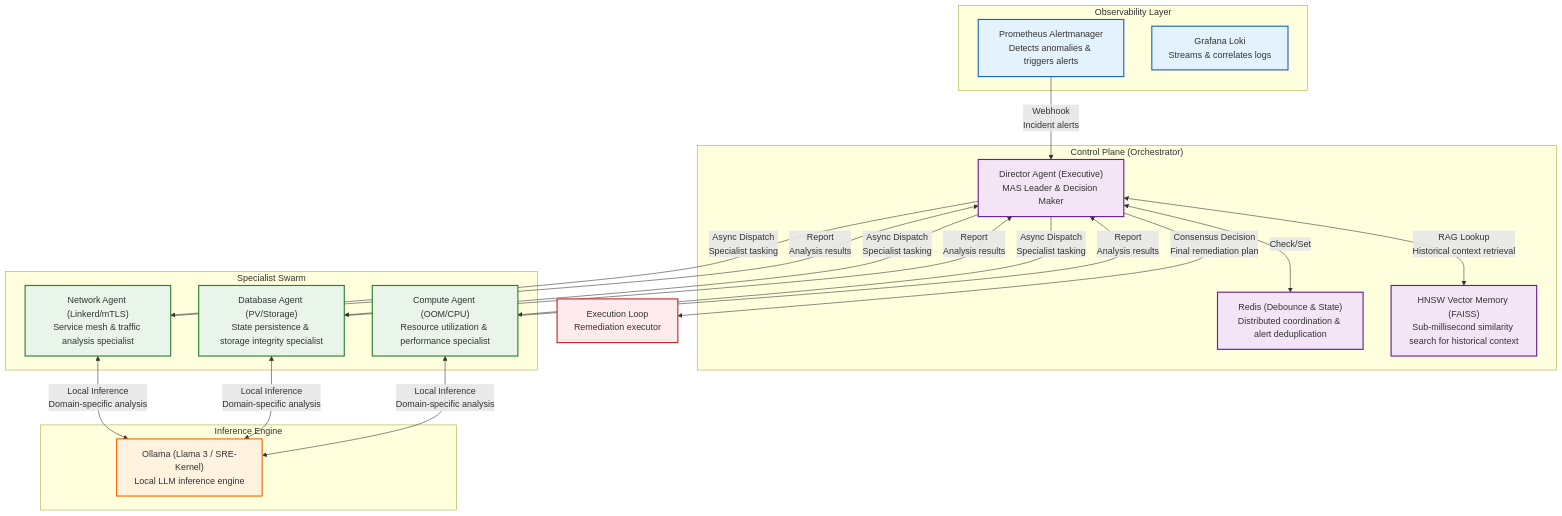
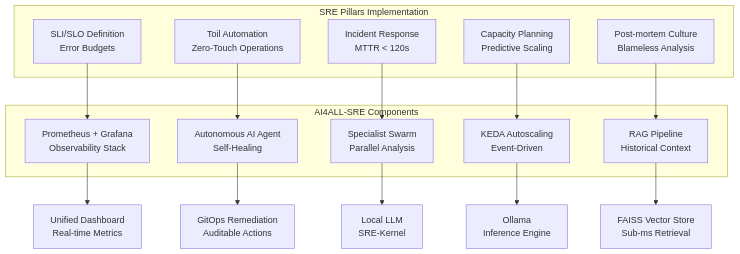
Before and after one commit to fbscotta369/ai4all-sre: the first of 6 diagrams in README.md, drawn with Mermaid. The commit also changed other lines of this file and 1 other file, not shown here.

First line of the commit message:
docs: comprehensive documentation update with full repo analysis

````diff
--- a/README.md
+++ b/README.md
@@ -30,45 +180,24 @@
 ```mermaid
 graph TB
-    subgraph "Observability Layer"
-        ALM["Prometheus Alertmanager<br/>Detects anomalies & triggers alerts"]
-        LOKI["Grafana Loki<br/>Streams & correlates logs"]
+    subgraph "SRE Pillars Implementation"
+        SLI["SLI/SLO Definition<br/>Error Budgets"]
+        TOIL["Toil Automation<br/>Zero-Touch Operations"]
+        INCIDENT["Incident Response<br/>MTTR < 120s"]
+        CAPACITY["Capacity Planning<br/>Predictive Scaling"]
+        POSTMORTEM["Post-mortem Culture<br/>Blameless Analysis"]
     end
 
-    subgraph "Control Plane (Orchestrator)"
-        DIR["Director Agent (Executive)<br/>MAS Leader & Decision Maker"]
-        RED["Redis (Debounce & State)<br/>Distributed coordination & alert deduplication"]
-        FAISS["HNSW Vector Memory (FAISS)<br/>Sub-millisecond similarity search for historical context"]
+    subgraph "AI4ALL-SRE Components"
+        SLI --> PROM["Prometheus + Grafana<br/>Observability Stack"]
+        TOIL --> AGENT["Autonomous AI Agent<br/>Self-Healing"]
+        INCIDENT --> SWARM["Specialist Swarm<br/>Parallel Analysis"]
+        CAPACITY --> KEDA["KEDA Autoscaling<br/>Event-Driven"]
+        POSTMORTEM --> RAG["RAG Pipeline<br/>Historical Context"]
     end
 
-    subgraph "Specialist Swarm"
-        NET["Network Agent (Linkerd/mTLS)<br/>Service mesh & traffic analysis specialist"]
-        DB["Database Agent (PV/Storage)<br/>State persistence & storage integrity specialist"]
-        COMP["Compute Agent (OOM/CPU)<br/>Resource utilization & performance specialist"]
-    end
-
-    subgraph "Inference Engine"
-        OLL["Ollama (Llama 3 / SRE-Kernel)<br/>Local LLM inference engine"]
-    end
-
-    %% Data flows
-    ALM -->|Webhook<br/>Incident alerts| DIR
-    DIR <-->|Check/Set| RED
-    DIR -->|Async Dispatch<br/>Specialist tasking| NET & DB & COMP
-    NET & DB & COMP <-->|Local Inference<br/>Domain-specific analysis| OLL
-    DIR <-->|RAG Lookup<br/>Historical context retrieval| FAISS
-    NET & DB & COMP -->|Report<br/>Analysis results| DIR
-    DIR -->|Consensus Decision<br/>Final remediation plan| EXEC["Execution Loop<br/>Remediation executor"]
-
-    %% Styling for clarity
-    classDef observatory fill:#e3f2fd,stroke:#1565c0,stroke-width:2px;
-    classDef control fill:#f3e5f5,stroke:#6a1b9a,stroke-width:2px;
-    classDef specialist fill:#e8f5e8,stroke:#2e7d32,stroke-width:2px;
-    classDef inference fill:#fff3e0,stroke:#ef6c00,stroke-width:2px;
-    classDef execution fill:#ffebee,stroke:#c62828,stroke-width:2px;
-    
-    class ALM,LOKI observatory;
-    class DIR,RED,FAISS control;
-    class NET,DB,COMP specialist;
-    class OLL inference;
-    class EXEC execution;
+    PROM --> DASHBOARD["Unified Dashboard<br/>Real-time Metrics"]
+    AGENT --> GITOPS["GitOps Remediation<br/>Auditable Actions"]
+    SWARM --> LLM["Local LLM<br/>SRE-Kernel"]
+    KEDA --> OLLAMA["Ollama<br/>Inference Engine"]
+    RAG --> FAISS["FAISS Vector Store<br/>Sub-ms Retrieval"]
 ```
````
